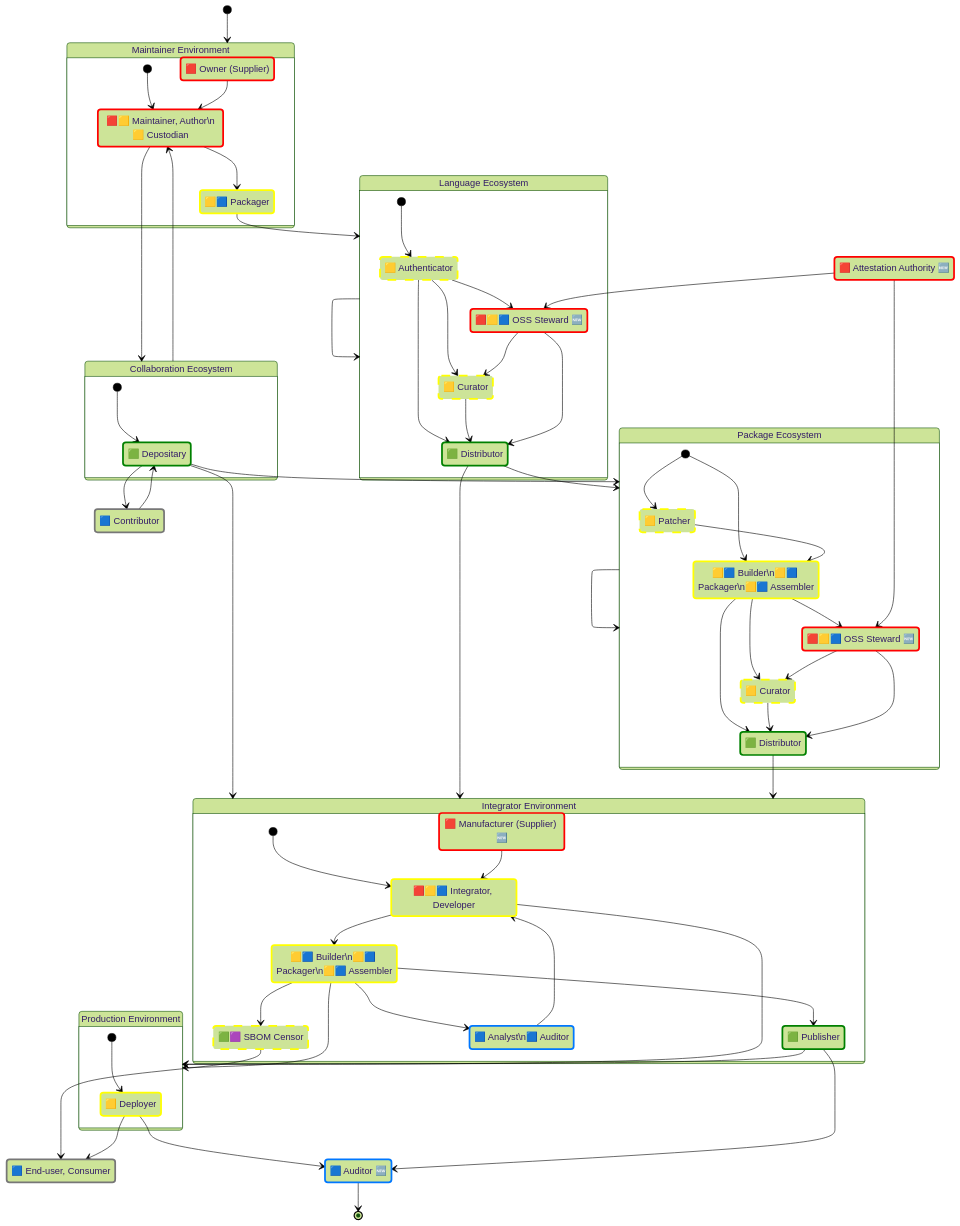
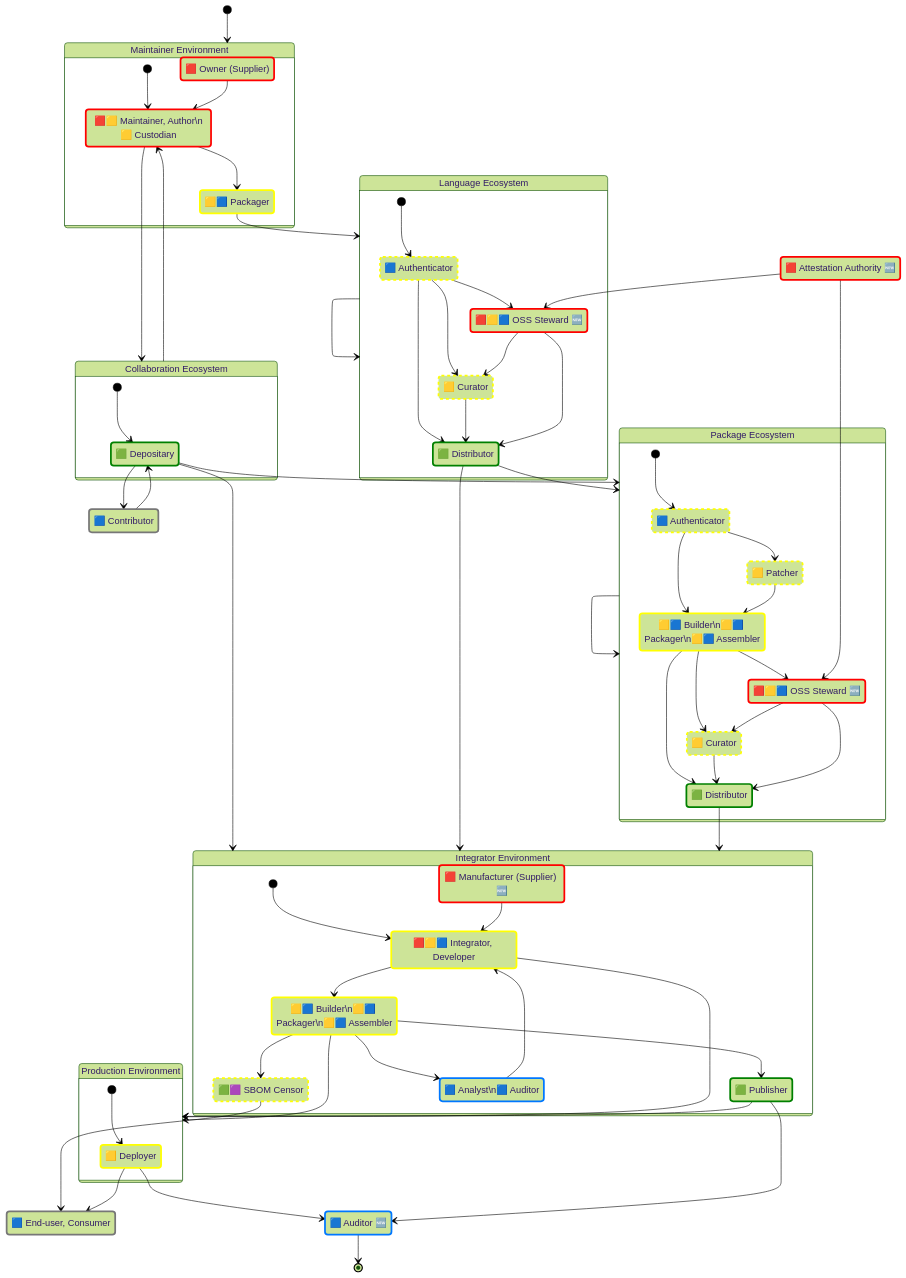
The third of 3 diagrams in docs/supplychain-sbom.md (CPAN-Security/security.metacpan.org), drawn with Mermaid (forest theme) before and after one commit. The commit also changed other lines of this file, not shown here.

Commit message:
Add Authenticator role

```diff
--- a/docs/supplychain-sbom.md
+++ b/docs/supplychain-sbom.md
@@ -213,8 +213,8 @@
     state "🟥 Attestation Authority 🆕" as authority_attester
 
     %%
+    state "🟦 Authenticator" as language_authenticator
     %%state "🟦 Importer" as language_importer
-    state "🟨 Authenticator" as language_authenticator
     state "🟥🟨🟦 OSS Steward 🆕" as language_steward
     state "🟨 Curator" as language_curator
     state "🟩 Distributor" as language_distributor
@@ -227,6 +227,7 @@
     %%state "🟩 Delivery Network" as network_distributor
 
     %%
+    state "🟦 Authenticator" as package_authenticator
     %%state "🟦 Importer" as package_importer
     state "🟨 Patcher" as package_patcher
     state "🟨🟦 Builder\n🟨🟦 Packager\n🟨🟦 Assembler" as package_packager
@@ -250,7 +251,7 @@
 
     %%
     classDef createsSBOM stroke:red,stroke-width:3px;
-    classDef updatesSBOM stroke:yellow,stroke-width:3px,stroke-dasharray:15,5;
+    classDef updatesSBOM stroke:yellow,stroke-width:3px,stroke-dasharray:5,5;
     classDef assemblesSBOM stroke:yellow,stroke-width:3px;
     classDef distributesSBOM stroke:green,stroke-width:3px;
     classDef verifiesSBOM stroke:#07f,stroke-width:3px;
@@ -278,6 +279,7 @@
     %%class network_distributor ignoresSBOM
 
     %%class package_importer verifiesSBOM
+    class package_authenticator updatesSBOM
     class package_patcher updatesSBOM
     class package_packager assemblesSBOM
     class package_steward createsSBOM
@@ -315,8 +317,8 @@
 
     %%
     state "Language Ecosystem" as ecosystem_lang {
+        [*] --> language_authenticator
         %%[*] --> language_importer
-        [*] --> language_authenticator
         language_authenticator --> language_distributor
         language_authenticator --> language_steward
         language_authenticator --> language_curator
@@ -345,18 +347,19 @@
     repository_distributor --> external_contributor
 
     state "Package Ecosystem" as ecosystem_package {
+        [*] --> package_authenticator
         %%[*] --> package_importer
-        [*] --> package_packager
-        [*] --> package_patcher
-        %%package_importer --> package_patcher
-        %%package_importer --> package_packager
-        package_patcher  --> package_packager
-        package_packager --> package_curator
-        package_steward  --> package_curator
-        package_packager --> package_distributor
-        package_curator  --> package_distributor
-        package_steward  --> package_distributor
-        package_packager --> package_steward
+        package_authenticator --> package_patcher
+        %%package_importer      --> package_patcher
+        %%package_importer      --> package_packager
+        package_authenticator --> package_packager
+        package_patcher       --> package_packager
+        package_packager      --> package_curator
+        package_steward       --> package_curator
+        package_packager      --> package_distributor
+        package_curator       --> package_distributor
+        package_steward       --> package_distributor
+        package_packager      --> package_steward
     }
 
     repository_distributor --> ecosystem_package
```
